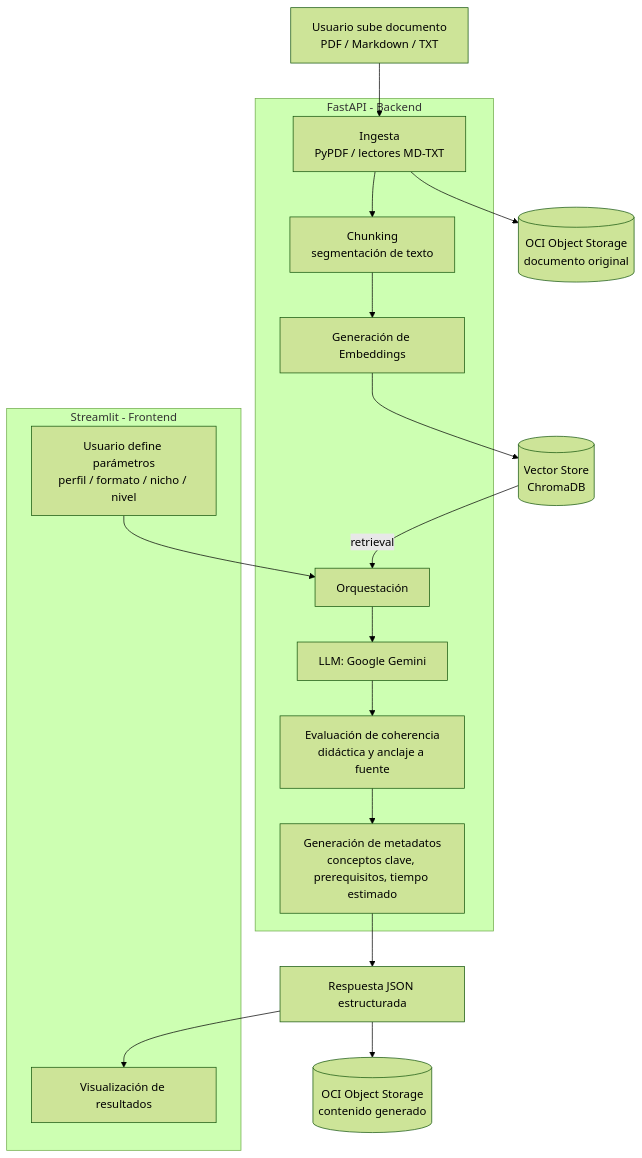
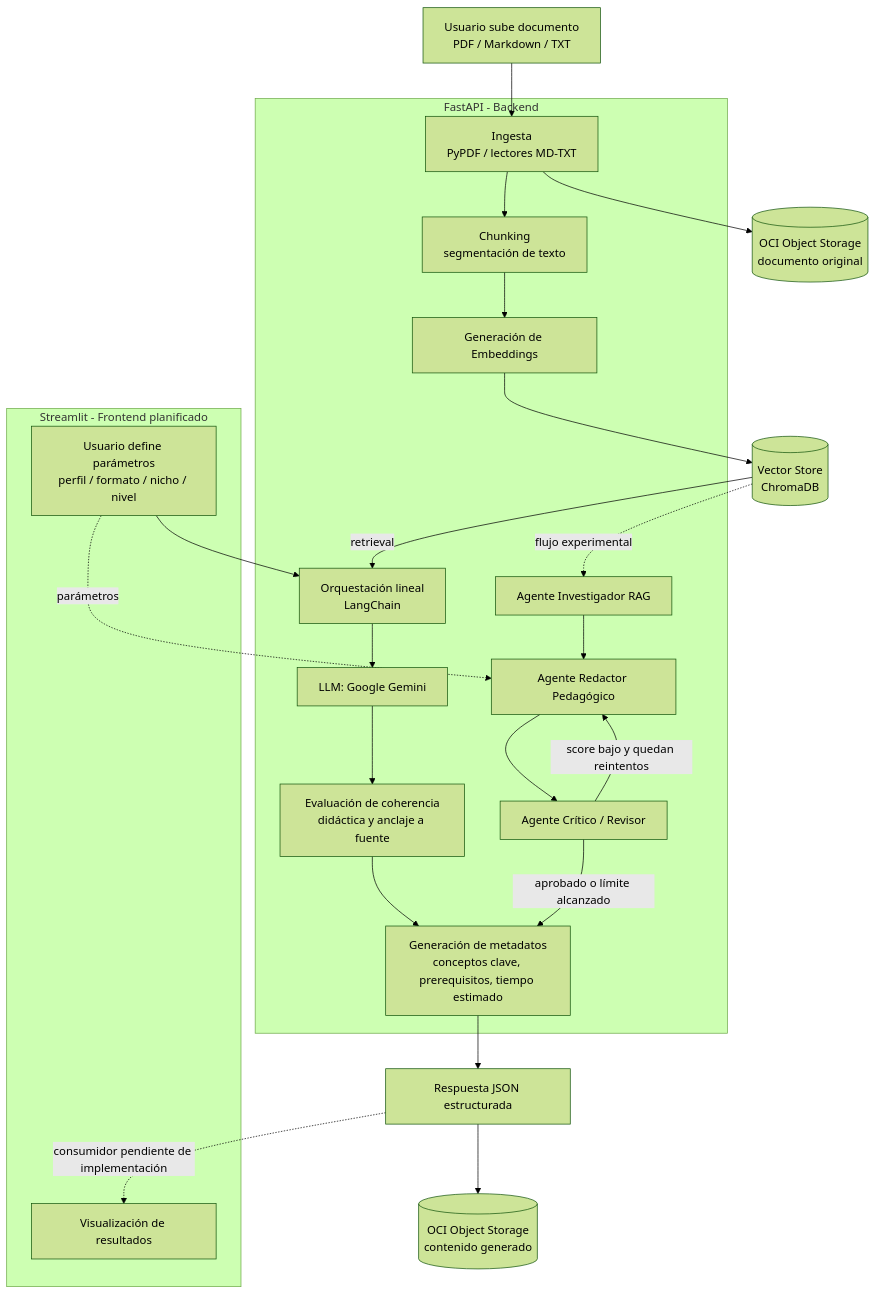
One commit to No-Country-simulation/nuevamente-g10-latam-equipo21 changed the diagram in docs/ARCHITECTURE.md. Above: the diagram before and after it, drawn with Mermaid (forest theme). The commit also changed other lines of this file and 2 other files, not shown here.

````diff
--- a/docs/ARCHITECTURE.md
+++ b/docs/ARCHITECTURE.md
@@ -15,34 +15,44 @@
 ```mermaid
 flowchart TD
     A[Usuario sube documento<br/>PDF / Markdown / TXT] --> B[Ingesta<br/>PyPDF / lectores MD-TXT]
     B --> C[Chunking<br/>segmentación de texto]
     C --> D[Generación de Embeddings]
     D --> E[(Vector Store<br/>ChromaDB)]
 
-    F[Usuario define parámetros<br/>perfil / formato / nicho / nivel] --> G[Orquestación]
+    F[Usuario define parámetros<br/>perfil / formato / nicho / nivel] --> G[Orquestación lineal<br/>LangChain]
     E -- retrieval --> G
     G --> H[LLM: Google Gemini]
     H --> I[Evaluación de coherencia<br/>didáctica y anclaje a fuente]
     I --> J[Generación de metadatos<br/>conceptos clave, prerequisitos, tiempo estimado]
     J --> K[Respuesta JSON estructurada]
+
+    E -. flujo experimental .-> A1[Agente Investigador RAG]
+    F -. parámetros .-> A2[Agente Redactor Pedagógico]
+    A1 --> A2
+    A2 --> A3[Agente Crítico / Revisor]
+    A3 -- score bajo y quedan reintentos --> A2
+    A3 -- aprobado o límite alcanzado --> J
 
     B --> L[(OCI Object Storage<br/>documento original)]
     K --> M[(OCI Object Storage<br/>contenido generado)]
 
     subgraph Backend [FastAPI - Backend]
         B
         C
         D
         G
         H
         I
         J
+        A1
+        A2
+        A3
     end
 
-    subgraph Frontend [Streamlit - Frontend]
+    subgraph Frontend [Streamlit - Frontend planificado]
         F
         N[Visualización de resultados]
     end
 
-    K --> N
+    K -. consumidor pendiente de implementación .-> N
 ```
````
